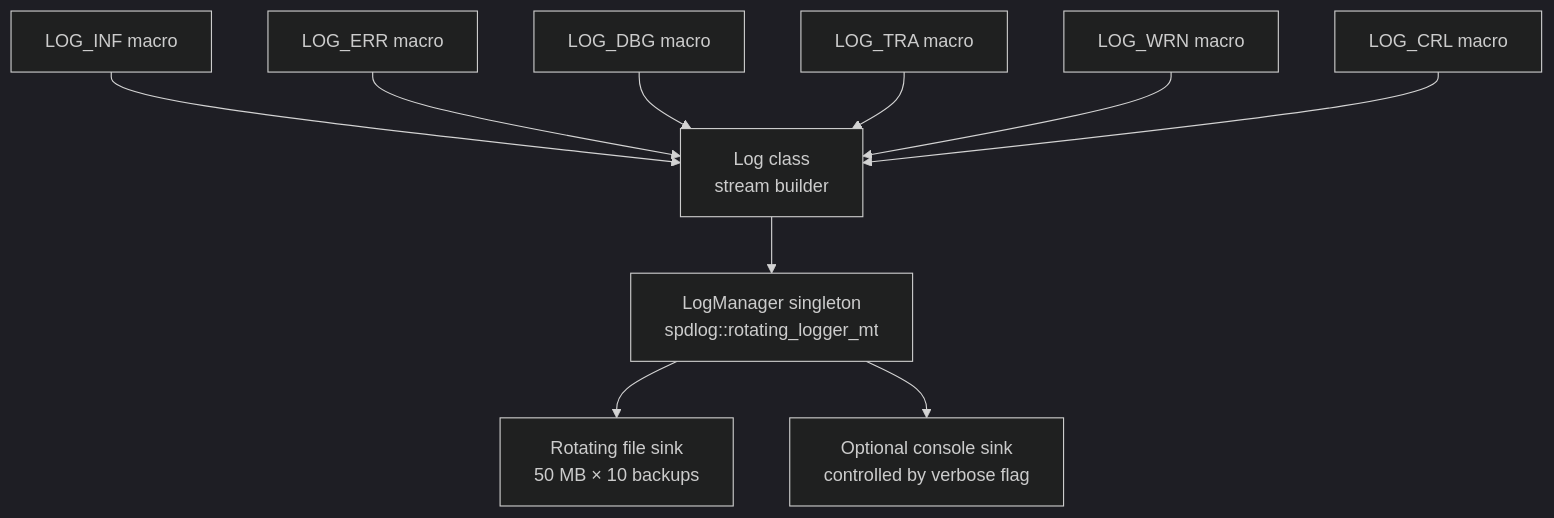
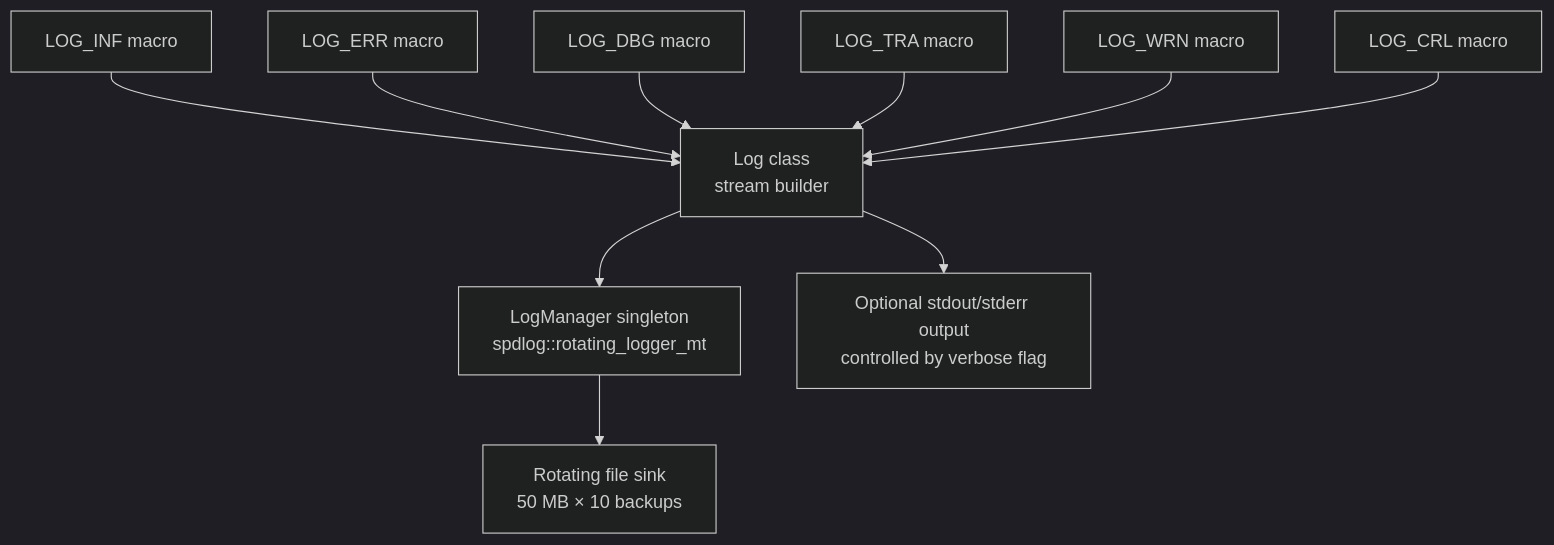
Before and after one commit to iotauth/sst-c-api: the diagram in cpp/src/log/README.md, drawn with Mermaid (dark theme). The commit also changed other lines of this file and 17 other files, not shown here.

````diff
--- a/cpp/src/log/README.md
+++ b/cpp/src/log/README.md
@@ -14,12 +14,12 @@
 ```mermaid
 graph TD
     LOG_INF["LOG_INF macro"] --> Log["Log class\nstream builder"]
     LOG_ERR["LOG_ERR macro"] --> Log
     LOG_DBG["LOG_DBG macro"] --> Log
     LOG_TRA["LOG_TRA macro"] --> Log
     LOG_WRN["LOG_WRN macro"] --> Log
     LOG_CRL["LOG_CRL macro"] --> Log
     Log --> LogManager["LogManager singleton\nspdlog::rotating_logger_mt"]
     LogManager --> FileSink["Rotating file sink\n50 MB × 10 backups"]
-    LogManager --> Console["Optional console sink\ncontrolled by verbose flag"]
+    Log --> Console["Optional stdout/stderr output\ncontrolled by verbose flag"]
 ```
````
